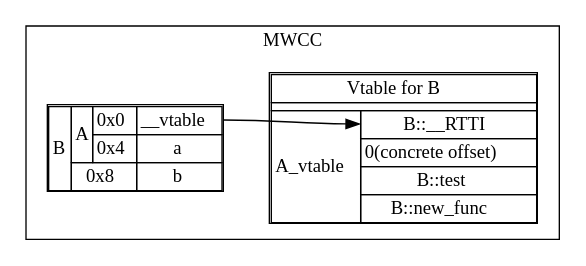
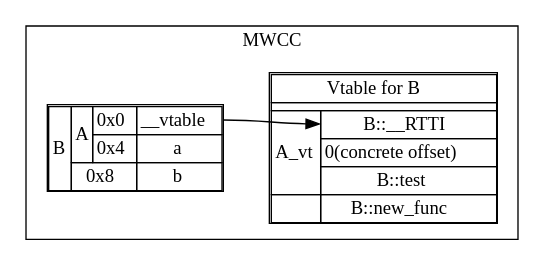
The third of 5 diagrams in docs/vtable_basic.md (SephDB/mwcc-abi), drawn with Graphviz before and after one commit. The commit also changed other lines of this file and 1 other file, not shown here.

Commit message:
md and diagram cleanup

````diff
--- a/docs/vtable_basic.md
+++ b/docs/vtable_basic.md
@@ -110,26 +113,26 @@
 ```dot
 
 digraph G {
     rankdir=TB;
     node [shape=none];
     
     subgraph cluster_mwcc {
         label="MWCC";
         {rank=same;
         B [label=<<table cellspacing="0">
-            <tr><td rowspan="5">B</td><td rowspan="2">A</td><td>0x0</td><td port="B_vtable">__vtable</td></tr>
+            <tr><td rowspan="5">B</td><td rowspan="2">A</td><td>0x0</td><td port="B_vt">__vtable</td></tr>
             <tr><td>0x4</td><td>a</td></tr>
             <tr><td colspan="2">0x8</td><td>b</td></tr>
         </table>>];
         B_vt [label=<<table cellspacing="0">
             <tr><td colspan="2">Vtable for B</td></tr><tr><td colspan="2"></td></tr>
-            <tr><td rowspan="4">A_vtable</td><td port="B_RTTI">B::__RTTI</td></tr>
+            <tr><td rowspan="3">A_vt</td><td port="B_RTTI">B::__RTTI</td></tr>
             <tr><td>0(concrete offset)</td></tr>
             <tr><td port="A_test">B::test</td></tr>
-            <tr><td>B::new_func</td></tr>
+            <tr><td></td><td>B::new_func</td></tr>
         </table>>];
         }
-        B:B_vtable -> B_vt:B_RTTI:w;
+        B:B_vt -> B_vt:B_RTTI:w;
     }
 }
 ```
````
